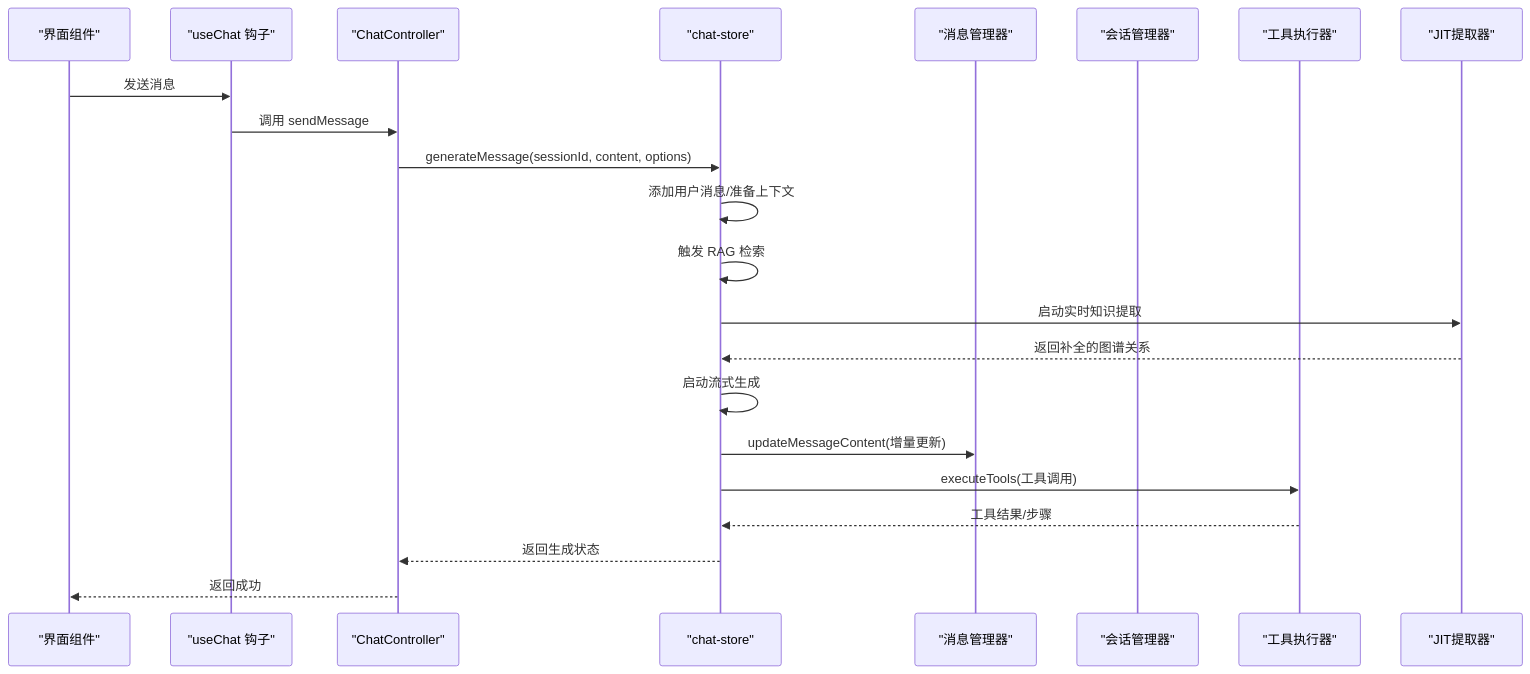
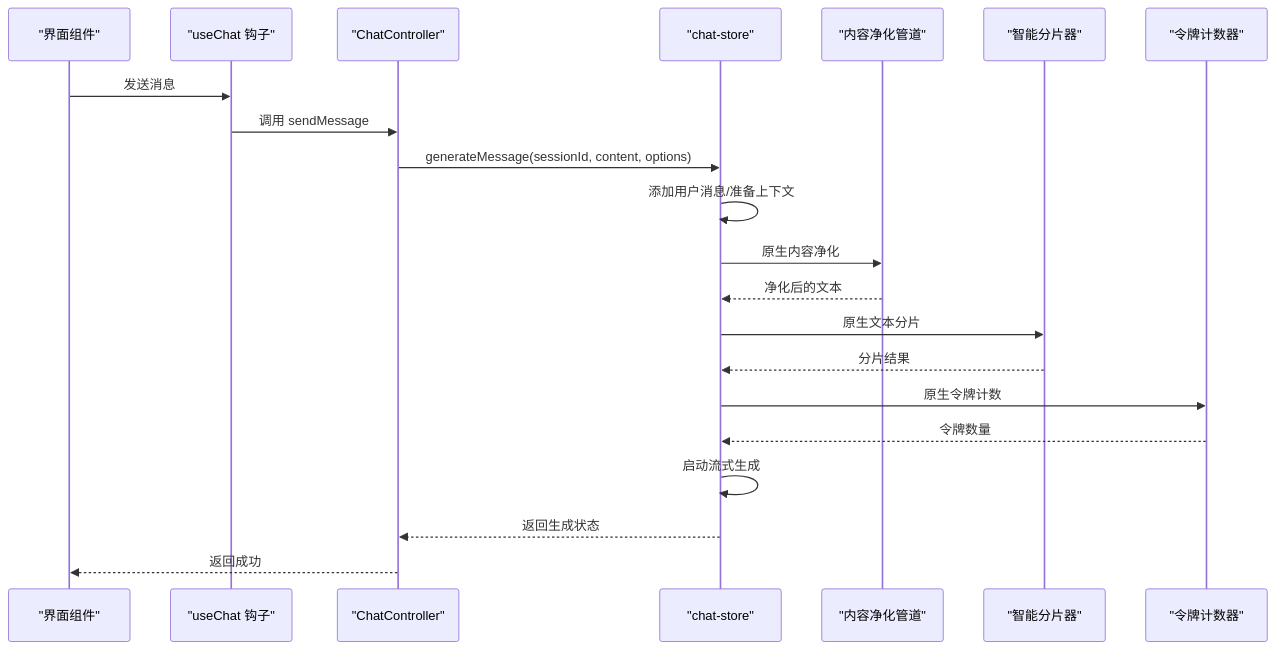
Before and after one commit to NarcisWL/Nexara: the second of 21 diagrams in .qoder/repowiki/zh/content/聊天系统详解/聊天系统详解.md, drawn with Mermaid. The commit also changed other lines of this file and 5 other files, not shown here.

````diff
--- a/.qoder/repowiki/zh/content/聊天系统详解/聊天系统详解.md
+++ b/.qoder/repowiki/zh/content/聊天系统详解/聊天系统详解.md
@@ -147,24 +189,23 @@
 ```mermaid
 sequenceDiagram
 participant UI as "界面组件"
 participant Hook as "useChat 钩子"
 participant Ctrl as "ChatController"
 participant Store as "chat-store"
-participant MsgMgr as "消息管理器"
-participant SessMgr as "会话管理器"
-participant ToolExec as "工具执行器"
-participant JIT as "JIT提取器"
+participant Sanitizer as "内容净化管道"
+participant TextSplitter as "智能分片器"
+participant TokenCounter as "令牌计数器"
 UI->>Hook : 发送消息
 Hook->>Ctrl : 调用 sendMessage
 Ctrl->>Store : generateMessage(sessionId, content, options)
 Store->>Store : 添加用户消息/准备上下文
-Store->>Store : 触发 RAG 检索
-Store->>JIT : 启动实时知识提取
-JIT-->>Store : 返回补全的图谱关系
+Store->>Sanitizer : 原生内容净化
+Sanitizer-->>Store : 净化后的文本
+Store->>TextSplitter : 原生文本分片
+TextSplitter-->>Store : 分片结果
+Store->>TokenCounter : 原生令牌计数
+TokenCounter-->>Store : 令牌数量
 Store->>Store : 启动流式生成
-Store->>MsgMgr : updateMessageContent(增量更新)
-Store->>ToolExec : executeTools(工具调用)
-ToolExec-->>Store : 工具结果/步骤
 Store-->>Ctrl : 返回生成状态
 Ctrl-->>UI : 返回成功
 ```
````
